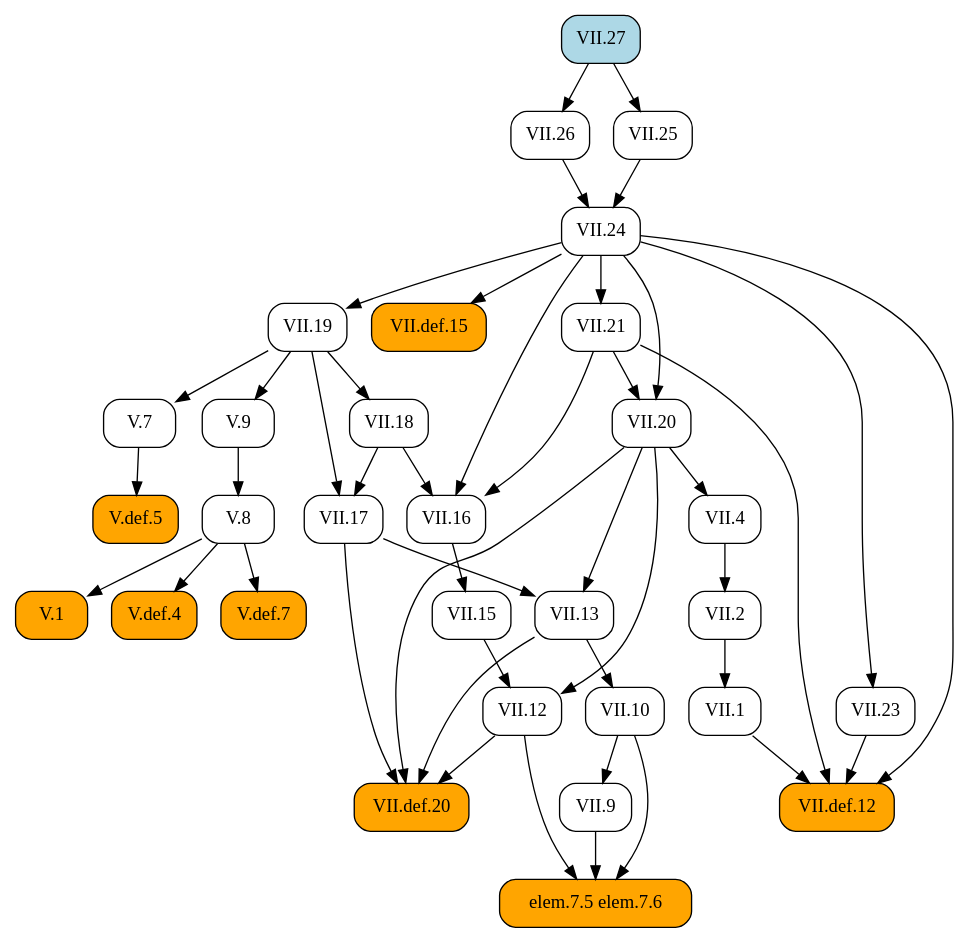
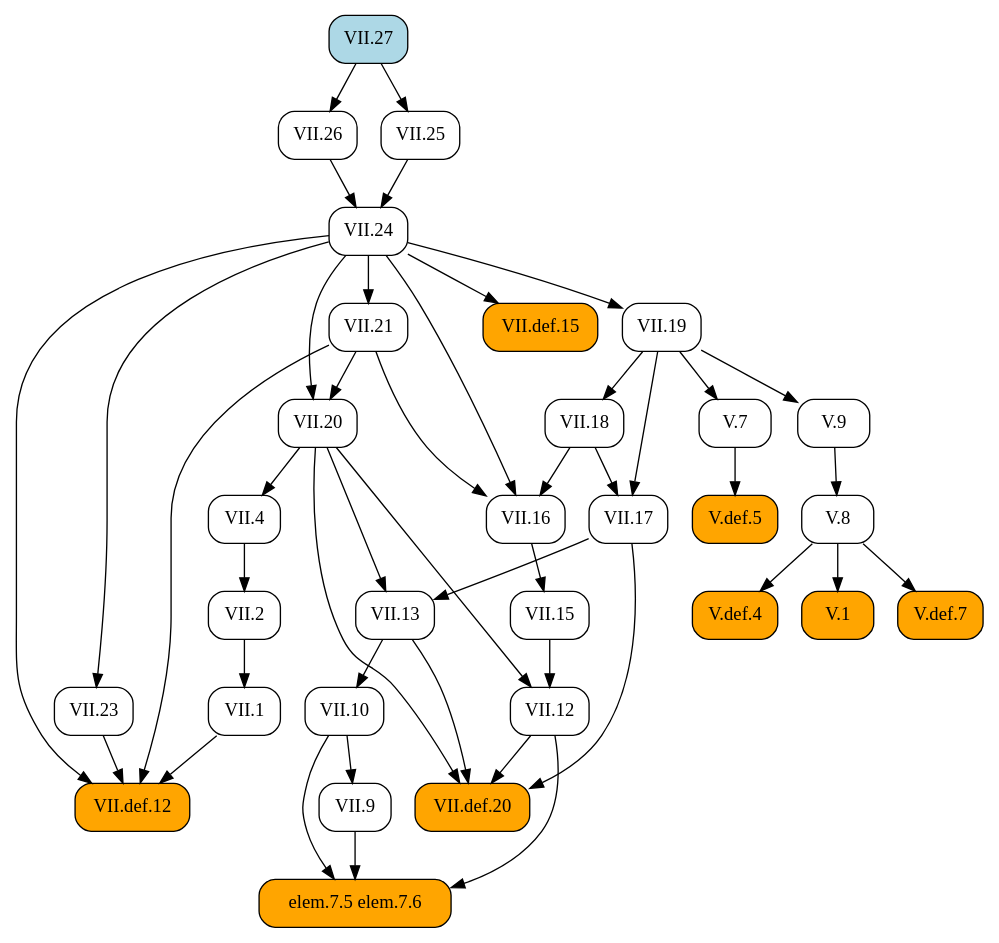
One commit to geometor/elements changed the diagram in docsrc/heath/VII/27/index.rst. Above: the diagram before and after it, drawn with Graphviz. The commit also changed other lines of this file and 484 other files, not shown here.

```diff
--- a/docsrc/heath/VII/27/index.rst
+++ b/docsrc/heath/VII/27/index.rst
@@ -36,80 +36,80 @@
 .. graphviz::
 
    digraph {
      rankdir="TB";
      node [shape=box, style=rounded];
-     "VII.def.12" [style="rounded,filled", fillcolor=orange, URL="/heath/VII/def.12/", target="_top"];
-     "V.8" [URL="/heath/V/8/", target="_top"];
-     "VII.1" [URL="/heath/VII/1/", target="_top"];
-     "VII.10" [URL="/heath/VII/10/", target="_top"];
+     "VII.12" [URL="/heath/VII/12/", target="_top"];
+     "elem.7.5 elem.7.6" [style="rounded,filled", fillcolor=orange];
+     "V.def.7" [style="rounded,filled", fillcolor=orange, URL="/heath/V/def.7/", target="_top"];
      "VII.9" [URL="/heath/VII/9/", target="_top"];
-     "VII.def.15" [style="rounded,filled", fillcolor=orange, URL="/heath/VII/def.15/", target="_top"];
-     "V.def.5" [style="rounded,filled", fillcolor=orange, URL="/heath/V/def.5/", target="_top"];
-     "VII.19" [URL="/heath/VII/19/", target="_top"];
      "VII.18" [URL="/heath/VII/18/", target="_top"];
      "VII.16" [URL="/heath/VII/16/", target="_top"];
-     "VII.26" [URL="/heath/VII/26/", target="_top"];
-     "VII.4" [URL="/heath/VII/4/", target="_top"];
-     "VII.25" [URL="/heath/VII/25/", target="_top"];
-     "VII.21" [URL="/heath/VII/21/", target="_top"];
-     "V.1" [style="rounded,filled", fillcolor=orange, URL="/heath/V/1/", target="_top"];
-     "VII.17" [URL="/heath/VII/17/", target="_top"];
-     "elem.7.5 elem.7.6" [style="rounded,filled", fillcolor=orange];
-     "VII.20" [URL="/heath/VII/20/", target="_top"];
-     "VII.15" [URL="/heath/VII/15/", target="_top"];
      "V.7" [URL="/heath/V/7/", target="_top"];
      "VII.27" [style="rounded,filled", fillcolor=lightblue, URL="/heath/VII/27/", target="_top"];
+     "VII.26" [URL="/heath/VII/26/", target="_top"];
+     "VII.21" [URL="/heath/VII/21/", target="_top"];
+     "V.def.5" [style="rounded,filled", fillcolor=orange, URL="/heath/V/def.5/", target="_top"];
+     "V.def.4" [style="rounded,filled", fillcolor=orange, URL="/heath/V/def.4/", target="_top"];
      "V.9" [URL="/heath/V/9/", target="_top"];
-     "V.def.4" [style="rounded,filled", fillcolor=orange, URL="/heath/V/def.4/", target="_top"];
+     "VII.1" [URL="/heath/VII/1/", target="_top"];
+     "VII.25" [URL="/heath/VII/25/", target="_top"];
+     "VII.10" [URL="/heath/VII/10/", target="_top"];
+     "V.8" [URL="/heath/V/8/", target="_top"];
      "VII.13" [URL="/heath/VII/13/", target="_top"];
+     "VII.23" [URL="/heath/VII/23/", target="_top"];
+     "VII.4" [URL="/heath/VII/4/", target="_top"];
+     "VII.def.12" [style="rounded,filled", fillcolor=orange, URL="/heath/VII/def.12/", target="_top"];
+     "VII.20" [URL="/heath/VII/20/", target="_top"];
+     "V.1" [style="rounded,filled", fillcolor=orange, URL="/heath/V/1/", target="_top"];
+     "VII.def.15" [style="rounded,filled", fillcolor=orange, URL="/heath/VII/def.15/", target="_top"];
+     "VII.24" [URL="/heath/VII/24/", target="_top"];
+     "VII.17" [URL="/heath/VII/17/", target="_top"];
+     "VII.19" [URL="/heath/VII/19/", target="_top"];
      "VII.2" [URL="/heath/VII/2/", target="_top"];
-     "V.def.7" [style="rounded,filled", fillcolor=orange, URL="/heath/V/def.7/", target="_top"];
-     "VII.12" [URL="/heath/VII/12/", target="_top"];
-     "VII.23" [URL="/heath/VII/23/", target="_top"];
-     "VII.24" [URL="/heath/VII/24/", target="_top"];
      "VII.def.20" [style="rounded,filled", fillcolor=orange, URL="/heath/VII/def.20/", target="_top"];
+     "VII.15" [URL="/heath/VII/15/", target="_top"];
+     "VII.15" -> "VII.12";
+     "VII.20" -> "VII.12";
+     "VII.9" -> "elem.7.5 elem.7.6";
+     "VII.10" -> "elem.7.5 elem.7.6";
+     "VII.12" -> "elem.7.5 elem.7.6";
+     "V.8" -> "V.def.7";
+     "VII.10" -> "VII.9";
+     "VII.19" -> "VII.18";
+     "VII.18" -> "VII.16";
+     "VII.21" -> "VII.16";
+     "VII.24" -> "VII.16";
+     "VII.19" -> "V.7";
+     "VII.27" -> "VII.26";
+     "VII.24" -> "VII.21";
+     "V.7" -> "V.def.5";
+     "V.8" -> "V.def.4";
+     "VII.19" -> "V.9";
+     "VII.2" -> "VII.1";
+     "VII.27" -> "VII.25";
+     "VII.13" -> "VII.10";
+     "V.9" -> "V.8";
+     "VII.17" -> "VII.13";
+     "VII.20" -> "VII.13";
+     "VII.24" -> "VII.23";
+     "VII.20" -> "VII.4";
      "VII.1" -> "VII.def.12";
      "VII.21" -> "VII.def.12";
      "VII.23" -> "VII.def.12";
      "VII.24" -> "VII.def.12";
-     "V.9" -> "V.8";
-     "VII.2" -> "VII.1";
-     "VII.13" -> "VII.10";
-     "VII.10" -> "VII.9";
+     "VII.21" -> "VII.20";
+     "VII.24" -> "VII.20";
+     "V.8" -> "V.1";
      "VII.24" -> "VII.def.15";
-     "V.7" -> "V.def.5";
-     "VII.24" -> "VII.19";
-     "VII.19" -> "VII.18";
-     "VII.18" -> "VII.16";
-     "VII.21" -> "VII.16";
-     "VII.24" -> "VII.16";
-     "VII.27" -> "VII.26";
-     "VII.20" -> "VII.4";
-     "VII.27" -> "VII.25";
-     "VII.24" -> "VII.21";
-     "V.8" -> "V.1";
+     "VII.25" -> "VII.24";
+     "VII.26" -> "VII.24";
      "VII.18" -> "VII.17";
      "VII.19" -> "VII.17";
-     "VII.9" -> "elem.7.5 elem.7.6";
-     "VII.10" -> "elem.7.5 elem.7.6";
-     "VII.12" -> "elem.7.5 elem.7.6";
-     "VII.21" -> "VII.20";
-     "VII.24" -> "VII.20";
-     "VII.16" -> "VII.15";
-     "VII.19" -> "V.7";
-     "VII.19" -> "V.9";
-     "V.8" -> "V.def.4";
-     "VII.17" -> "VII.13";
-     "VII.20" -> "VII.13";
+     "VII.24" -> "VII.19";
      "VII.4" -> "VII.2";
-     "V.8" -> "V.def.7";
-     "VII.15" -> "VII.12";
-     "VII.20" -> "VII.12";
-     "VII.24" -> "VII.23";
-     "VII.25" -> "VII.24";
-     "VII.26" -> "VII.24";
      "VII.12" -> "VII.def.20";
      "VII.13" -> "VII.def.20";
      "VII.17" -> "VII.def.20";
      "VII.20" -> "VII.def.20";
+     "VII.16" -> "VII.15";
    }
```
